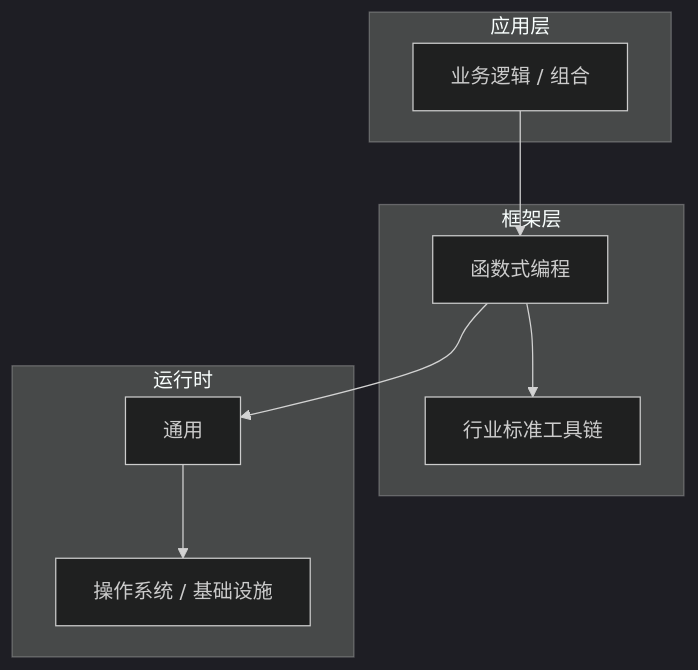
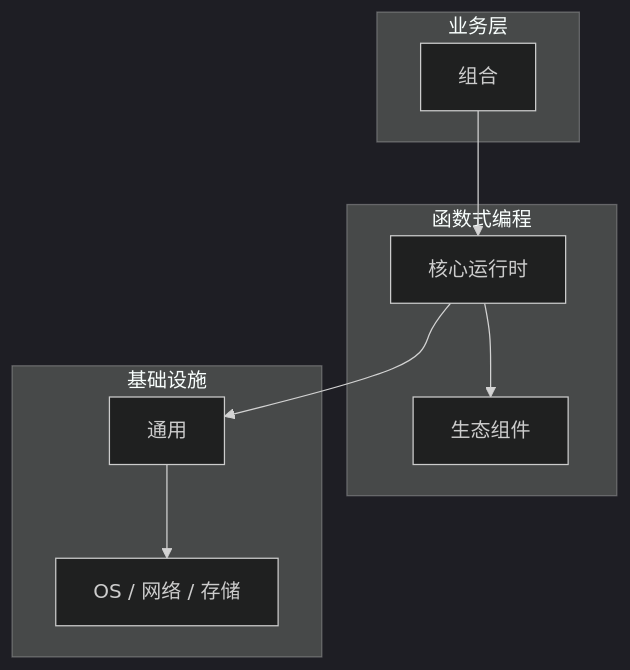
The diagram in articles/函数式编程/chapters/036-组合核心概念与原理.md (yanggan2015/knowledge-json-v2), drawn with Mermaid (dark theme) before and after one commit. The commit also changed other lines of this file and 10127 other files, not shown here.

````diff
--- a/articles/函数式编程/chapters/036-组合核心概念与原理.md
+++ b/articles/函数式编程/chapters/036-组合核心概念与原理.md
@@ -45,18 +34,18 @@
 ```mermaid
 graph TB
-    subgraph 应用层
-        A[业务逻辑 / 组合]
+    subgraph 业务层
+        A[组合]
     end
-    subgraph 框架层
-        B[函数式编程]
-        C[行业标准工具链]
+    subgraph 函数式编程
+        B[核心运行时]
+        C[生态组件]
     end
-    subgraph 运行时
+    subgraph 基础设施
         D[通用]
-        E[操作系统 / 基础设施]
+        E[OS / 网络 / 存储]
     end
     A --> B
     B --> C
     B --> D
     D --> E
 ```
````
